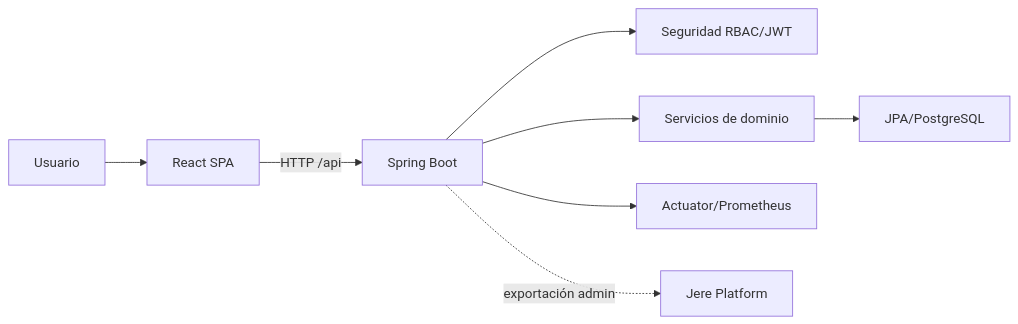
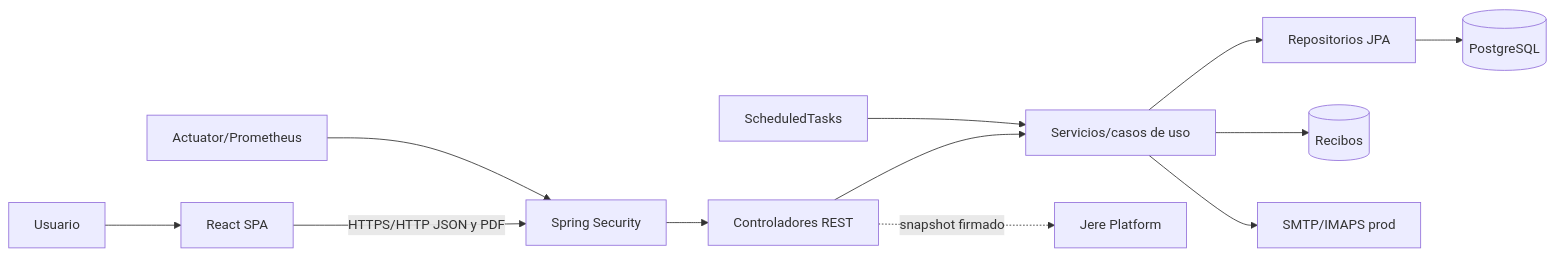
The diagram in docs/ai-reference/03-architecture.md (JerePrograma/Gestudio), drawn with Mermaid before and after one commit. The commit also changed other lines of this file and 28 other files, not shown here.

````diff
--- a/docs/ai-reference/03-architecture.md
+++ b/docs/ai-reference/03-architecture.md
@@ -11,10 +11,14 @@
 ```mermaid
 flowchart LR
-  U[Usuario] --> F[React SPA]
-  F -->|HTTP /api| B[Spring Boot]
-  B --> S[Seguridad RBAC/JWT]
-  B --> D[Servicios de dominio]
-  D --> P[JPA/PostgreSQL]
-  B --> O[Actuator/Prometheus]
-  B -. exportación admin .-> J[Jere Platform]
+    U[Usuario] --> SPA[React SPA]
+    SPA -->|HTTPS/HTTP JSON y PDF| SEC[Spring Security]
+    SEC --> API[Controladores REST]
+    API --> APP[Servicios/casos de uso]
+    APP --> REPO[Repositorios JPA]
+    REPO --> PG[(PostgreSQL)]
+    APP --> FILES[(Recibos)]
+    JOBS[ScheduledTasks] --> APP
+    API -. snapshot firmado .-> JP[Jere Platform]
+    APP --> MAIL[SMTP/IMAPS prod]
+    OBS[Actuator/Prometheus] --> SEC
 ```
````
